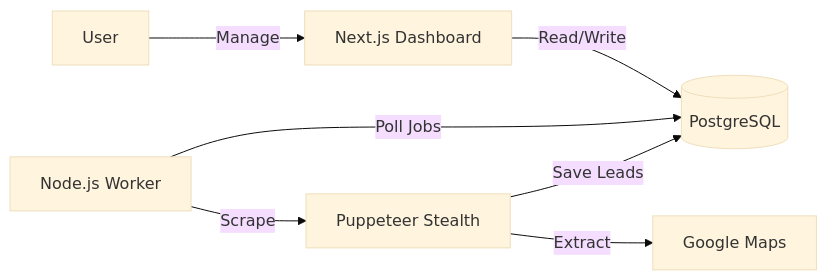
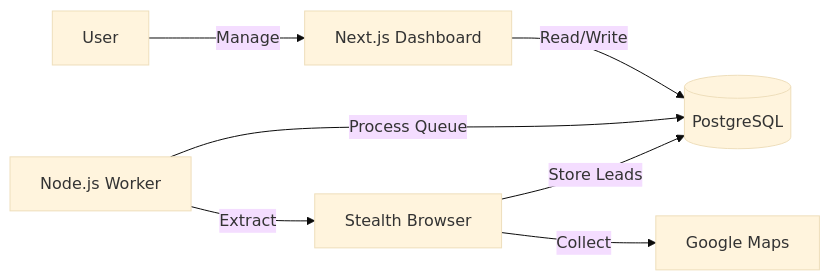
Before and after one commit to nikabokuchava/swarm-lead-intelligence: the diagram in README.md, drawn with Mermaid (base theme). The commit also changed other lines of this file and 42 other files, not shown here.

````diff
--- a/README.md
+++ b/README.md
@@ -9,9 +31,9 @@
 ```mermaid
 graph LR
     User[User] -->|Manage| Dashboard[Next.js Dashboard]
     Dashboard -->|Read/Write| DB[(PostgreSQL)]
-    Worker[Node.js Worker] -->|Poll Jobs| DB
-    Worker -->|Scrape| Puppeteer[Puppeteer Stealth]
-    Puppeteer -->|Extract| GMaps[Google Maps]
-    Puppeteer -->|Save Leads| DB
+    Worker[Node.js Worker] -->|Process Queue| DB
+    Worker -->|Extract| Stealth[Stealth Browser]
+    Stealth -->|Collect| GMaps[Google Maps]
+    Stealth -->|Store Leads| DB
 ```
````
